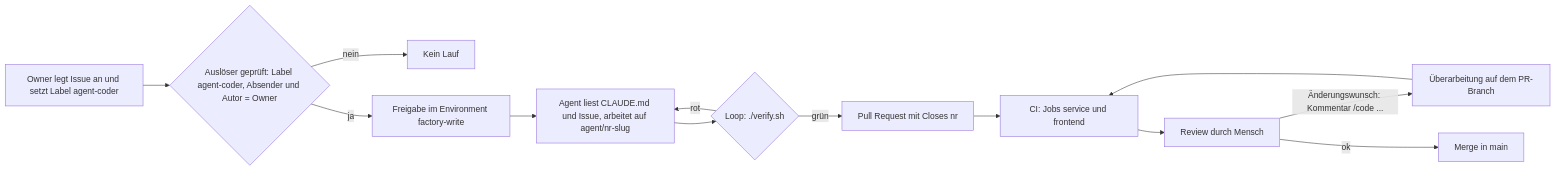
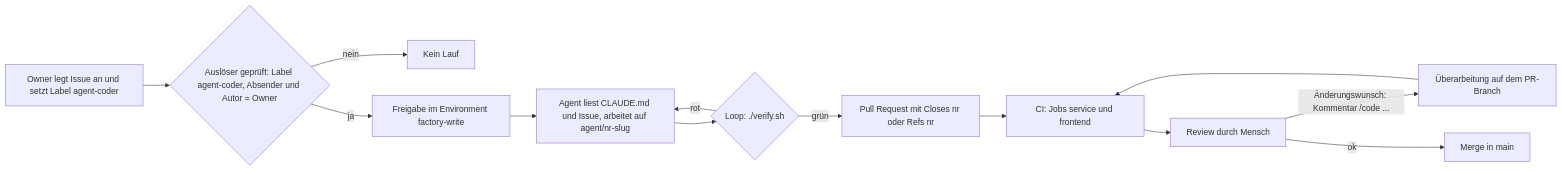
The second of 2 diagrams in docs/process.md (juheba/sw-factory-tryout), drawn with Mermaid before and after one commit. The commit also changed 1 other file, not shown here.

Commit message:
docs: PR-Vorlage und Ablaufdiagramm nennen Refs für Teil-PRs
Hinweise des Reviewers an PR #182 (Runde 2): Die PR-Vorlage gab nur
"Closes #" vor, das Diagramm in docs/process.md nur "Closes nr".

Claude-Session: https://claude.ai/code/session_01DnjHgH2851nSXbmQZEhzEK

````diff
--- a/docs/process.md
+++ b/docs/process.md
@@ -23,15 +23,15 @@
 ```mermaid
 flowchart LR
     O[Owner legt Issue an und setzt Label agent-coder] --> T{Auslöser geprüft: Label agent-coder, Absender und Autor = Owner}
     T -->|nein| X[Kein Lauf]
     T -->|ja| E[Freigabe im Environment factory-write]
     E --> A[Agent liest CLAUDE.md und Issue, arbeitet auf agent/nr-slug]
     A --> L{Loop: ./verify.sh}
     L -->|rot| A
-    L -->|grün| PR[Pull Request mit Closes nr]
+    L -->|grün| PR[Pull Request mit Closes nr oder Refs nr]
     PR --> CI[CI: Jobs service und frontend]
     CI --> R[Review durch Mensch]
     R -->|Änderungswunsch: Kommentar /code ...| RK[Überarbeitung auf dem PR-Branch]
     RK --> CI
     R -->|ok| M[Merge in main]
 ```
````
